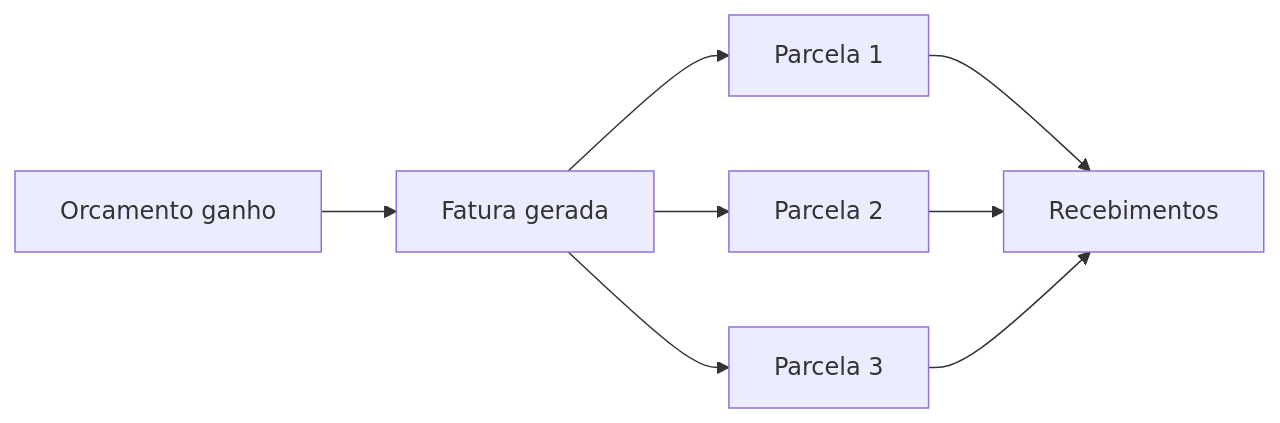
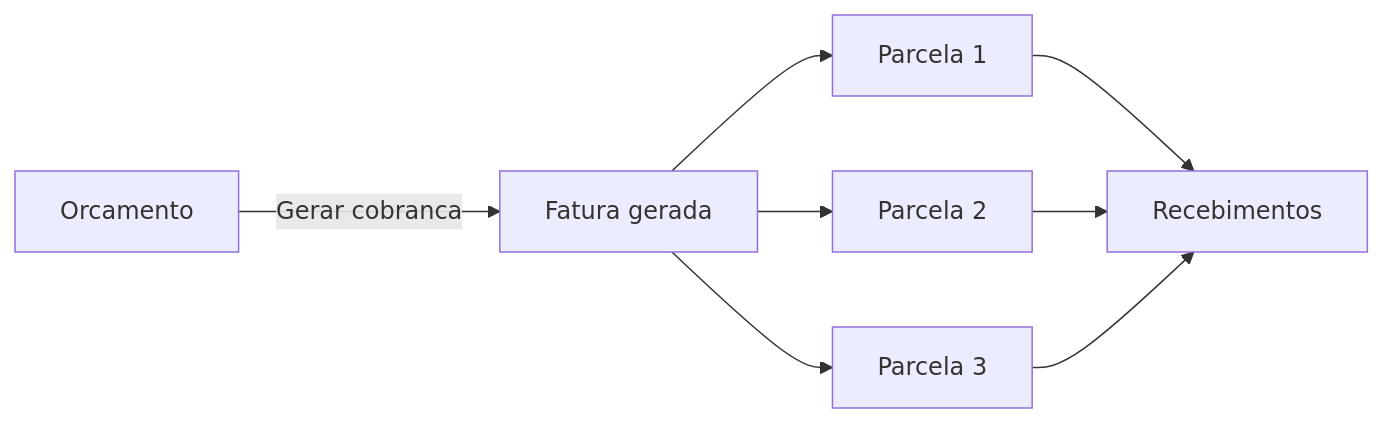
One commit to LocFlowTeam/locflow-docs changed the first of 3 diagrams in cobranca/faturas-e-parcelas.md. Above: the diagram before and after it, drawn with Mermaid. The commit also changed other lines of this file and 3 other files, not shown here.

````diff
--- a/cobranca/faturas-e-parcelas.md
+++ b/cobranca/faturas-e-parcelas.md
@@ -22,10 +24,10 @@
 ```mermaid
 flowchart LR
-    O[Orcamento ganho] --> F[Fatura gerada]
+    O[Orcamento] -->|Gerar cobranca| F[Fatura gerada]
     F --> P1[Parcela 1]
     F --> P2[Parcela 2]
     F --> P3[Parcela 3]
     P1 --> PG[Recebimentos]
     P2 --> PG
     P3 --> PG
 ```
````
